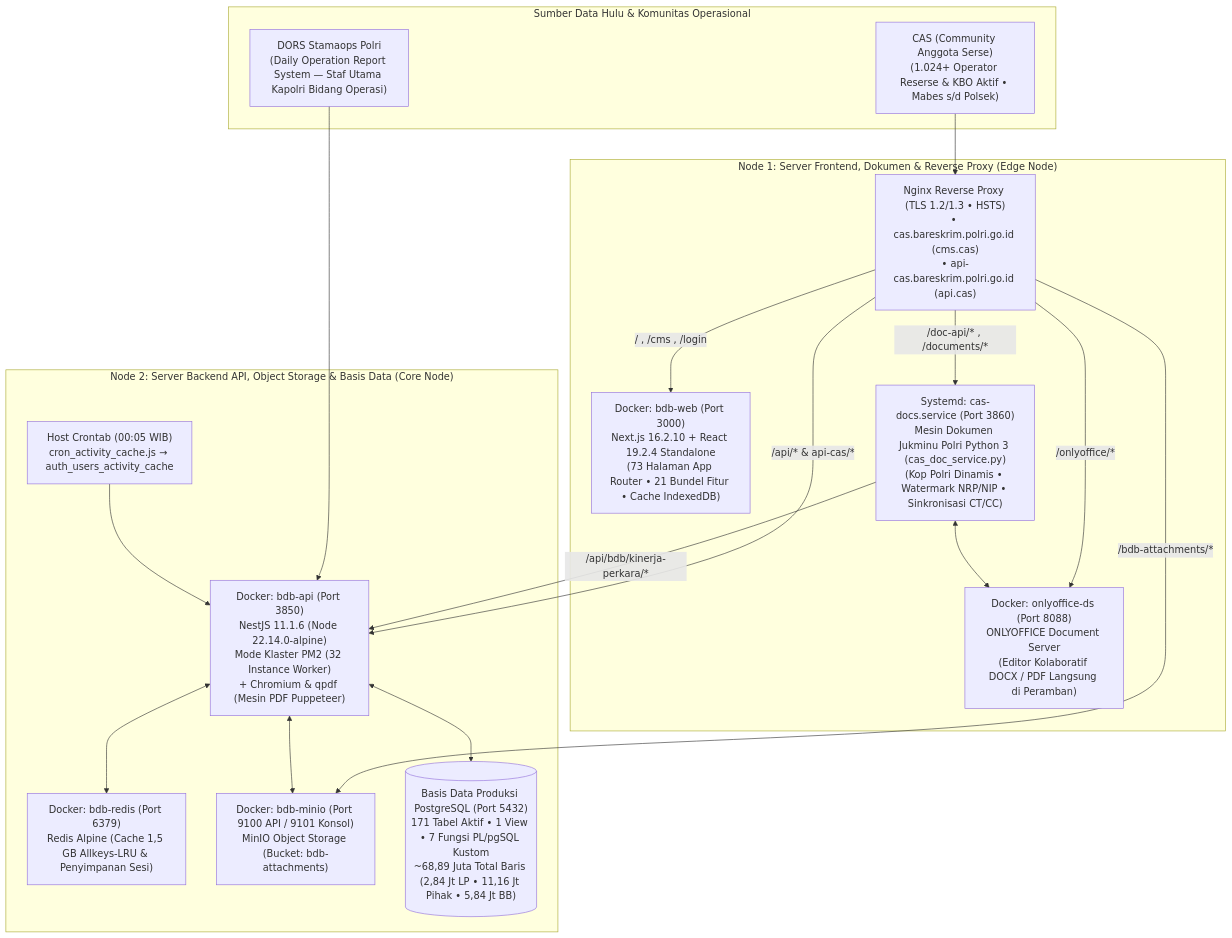
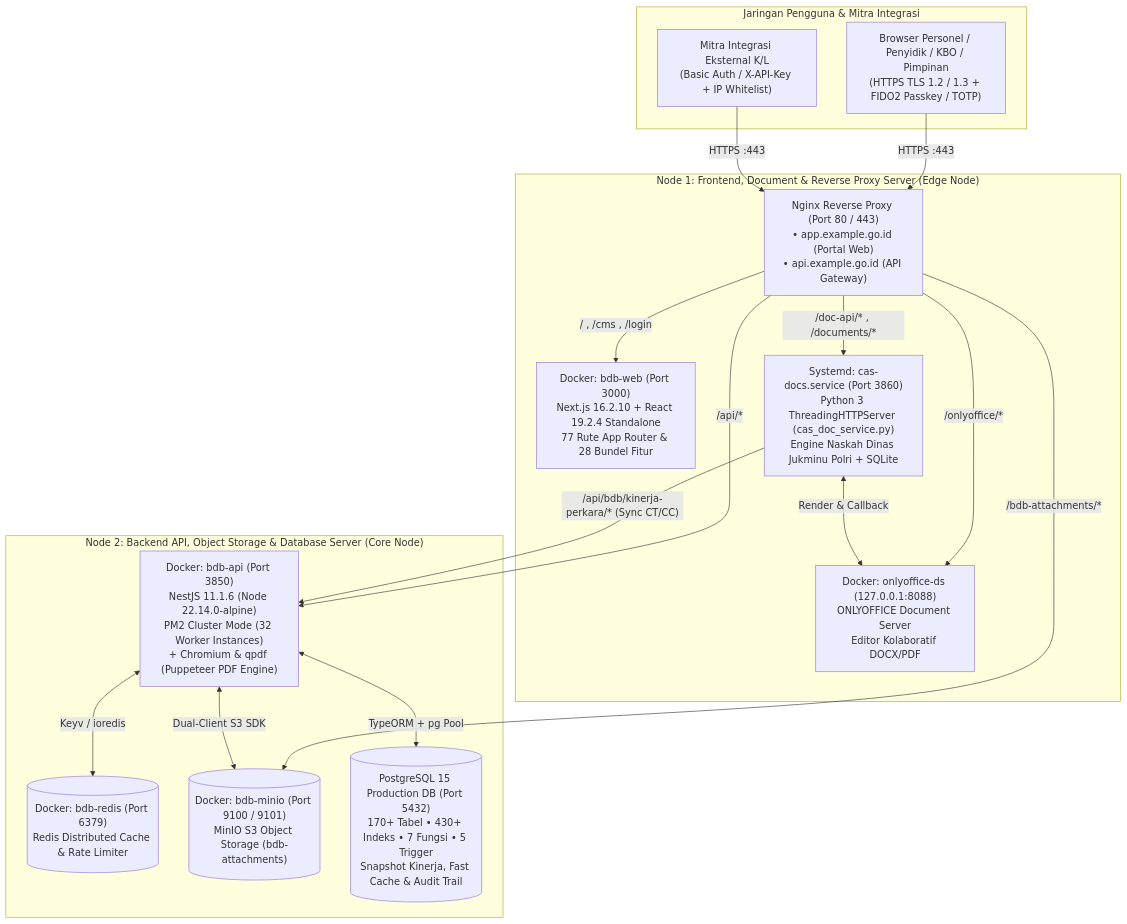
Before and after one commit to omeko42/big-data-binops: the third of 3 diagrams in README.id.md, drawn with Mermaid. The commit also changed other lines of this file and 40 other files, not shown here.

````diff
--- a/README.id.md
+++ b/README.id.md
@@ -62,36 +140,37 @@
 ```mermaid
 flowchart TB
-    subgraph Upstream["Sumber Data Hulu & Komunitas Operasional"]
-        DORS["DORS Stamaops Polri<br/>(Daily Operation Report System — Staf Utama Kapolri Bidang Operasi)"]
-        CAS["CAS (Community Anggota Serse)<br/>(1.024+ Operator Reserse & KBO Aktif • Mabes s/d Polsek)"]
+    subgraph Users ["Jaringan Pengguna & Mitra Integrasi"]
+        Browser["Browser Personel / Penyidik / KBO / Pimpinan\n(HTTPS TLS 1.2 / 1.3 + FIDO2 Passkey / TOTP)"]
+        Partner["Mitra Integrasi Eksternal K/L\n(Basic Auth / X-API-Key + IP Whitelist)"]
     end
 
-    subgraph EdgeNode["Node 1: Server Frontend, Dokumen & Reverse Proxy (Edge Node)"]
-        Nginx["Nginx Reverse Proxy (TLS 1.2/1.3 • HSTS)<br/>• cas.bareskrim.polri.go.id (cms.cas)<br/>• api-cas.bareskrim.polri.go.id (api.cas)"]
-        BdbWeb["Docker: bdb-web (Port 3000)<br/>Next.js 16.2.10 + React 19.2.4 Standalone<br/>(73 Halaman App Router • 21 Bundel Fitur • Cache IndexedDB)"]
-        CasDocs["Systemd: cas-docs.service (Port 3860)<br/>Mesin Dokumen Jukminu Polri Python 3 (cas_doc_service.py)<br/>(Kop Polri Dinamis • Watermark NRP/NIP • Sinkronisasi CT/CC)"]
-        OnlyOffice["Docker: onlyoffice-ds (Port 8088)<br/>ONLYOFFICE Document Server<br/>(Editor Kolaboratif DOCX / PDF Langsung di Peramban)"]
+    subgraph Node1 ["Node 1: Frontend, Document & Reverse Proxy Server (Edge Node)"]
+        Nginx["Nginx Reverse Proxy (Port 80 / 443)\n• app.example.go.id (Portal Web)\n• api.example.go.id (API Gateway)"]
+        NextWeb["Docker: bdb-web (Port 3000)\nNext.js 16.2.10 + React 19.2.4 Standalone\n77 Rute App Router & 28 Bundel Fitur"]
+        PyDocs["Systemd: cas-docs.service (Port 3860)\nPython 3 ThreadingHTTPServer (cas_doc_service.py)\nEngine Naskah Dinas Jukminu Polri + SQLite"]
+        OnlyOffice["Docker: onlyoffice-ds (127.0.0.1:8088)\nONLYOFFICE Document Server\nEditor Kolaboratif DOCX/PDF"]
     end
 
-    subgraph CoreNode["Node 2: Server Backend API, Object Storage & Basis Data (Core Node)"]
-        BdbApi["Docker: bdb-api (Port 3850)<br/>NestJS 11.1.6 (Node 22.14.0-alpine)<br/>Mode Klaster PM2 (32 Instance Worker)<br/>+ Chromium & qpdf (Mesin PDF Puppeteer)"]
-        BdbRedis["Docker: bdb-redis (Port 6379)<br/>Redis Alpine (Cache 1,5 GB Allkeys-LRU & Penyimpanan Sesi)"]
-        BdbMinio["Docker: bdb-minio (Port 9100 API / 9101 Konsol)<br/>MinIO Object Storage (Bucket: bdb-attachments)"]
-        Postgres[("Basis Data Produksi PostgreSQL (Port 5432)<br/>171 Tabel Aktif • 1 View • 7 Fungsi PL/pgSQL Kustom<br/>~68,89 Juta Total Baris (2,84 Jt LP • 11,16 Jt Pihak • 5,84 Jt BB)")]
-        CronBe["Host Crontab (00:05 WIB)<br/>cron_activity_cache.js → auth_users_activity_cache"]
+    subgraph Node2 ["Node 2: Backend API, Object Storage & Database Server (Core Node)"]
+        NestApi["Docker: bdb-api (Port 3850)\nNestJS 11.1.6 (Node 22.14.0-alpine)\nPM2 Cluster Mode (32 Worker Instances)\n+ Chromium & qpdf (Puppeteer PDF Engine)"]
+        Redis[("Docker: bdb-redis (Port 6379)\nRedis Distributed Cache & Rate Limiter")]
+        Minio[("Docker: bdb-minio (Port 9100 / 9101)\nMinIO S3 Object Storage (bdb-attachments)")]
+        PgDB[("PostgreSQL 15 Production DB (Port 5432)\n170+ Tabel • 430+ Indeks • 7 Fungsi • 5 Trigger\nSnapshot Kinerja, Fast Cache & Audit Trail")]
     end
 
-    DORS --> BdbApi
-    CAS --> Nginx
-    Nginx -->|"/ , /cms , /login"| BdbWeb
-    Nginx -->|"/doc-api/* , /documents/*"| CasDocs
+    Browser -->|HTTPS :443| Nginx
+    Partner -->|HTTPS :443| Nginx
+
+    Nginx -->|"/ , /cms , /login"| NextWeb
+    Nginx -->|"/doc-api/* , /documents/*"| PyDocs
     Nginx -->|"/onlyoffice/*"| OnlyOffice
-    Nginx -->|"/api/* & api-cas/*"| BdbApi
-    Nginx -->|"/bdb-attachments/*"| BdbMinio
-    CasDocs <--> OnlyOffice
-    CasDocs -->|"/api/bdb/kinerja-perkara/*"| BdbApi
-    BdbApi <--> Postgres
-    BdbApi <--> BdbRedis
-    BdbApi <--> BdbMinio
-    CronBe --> BdbApi
+    Nginx -->|"/api/*"| NestApi
+    Nginx -->|"/bdb-attachments/*"| Minio
+
+    PyDocs <-->|"Render & Callback"| OnlyOffice
+    PyDocs -->|"/api/bdb/kinerja-perkara/* (Sync CT/CC)"| NestApi
+
+    NestApi <-->|"TypeORM + pg Pool"| PgDB
+    NestApi <-->|"Keyv / ioredis"| Redis
+    NestApi <-->|"Dual-Client S3 SDK"| Minio
 ```
````
